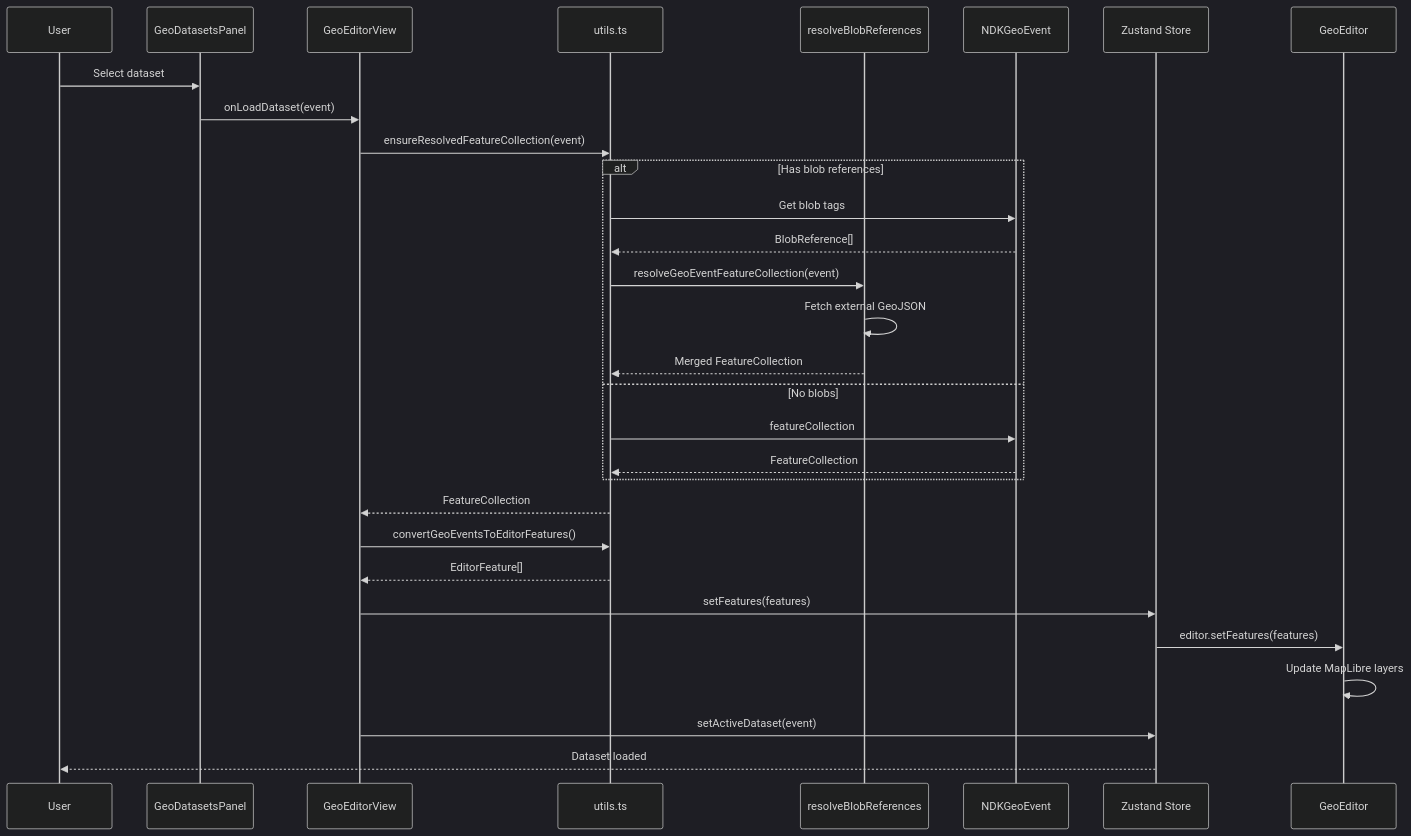
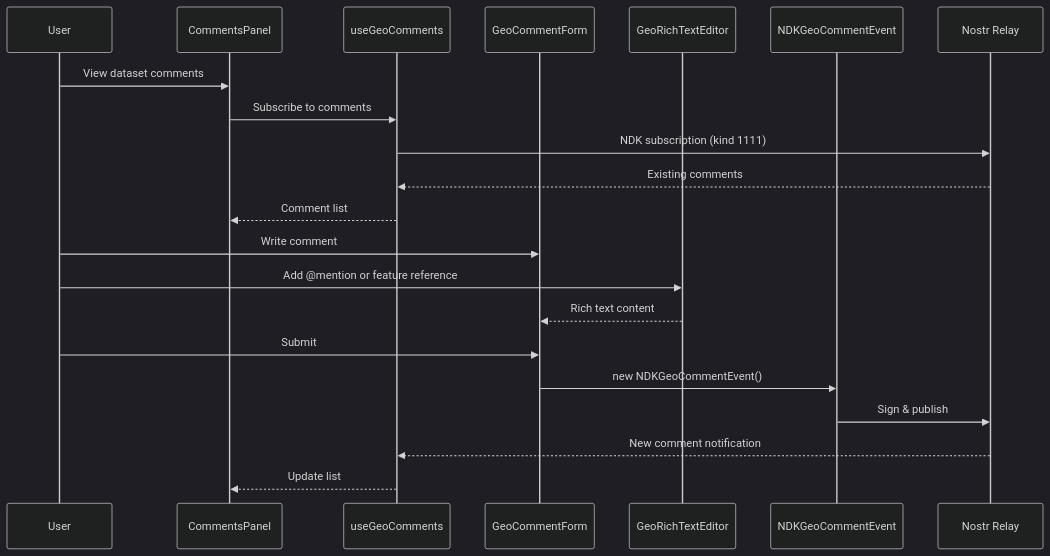
The third of 5 diagrams in ARCHITECTURE_ANALYSIS.md (DestBro/earthly), drawn with Mermaid (dark theme) before and after one commit. The commit also changed other lines of this file and 1 other file, not shown here.

````diff
--- a/ARCHITECTURE_ANALYSIS.md
+++ b/ARCHITECTURE_ANALYSIS.md
@@ -252,39 +335,26 @@
 ```mermaid
 sequenceDiagram
     participant User
-    participant Panel as GeoDatasetsPanel
-    participant GEV as GeoEditorView
-    participant Utils as utils.ts
-    participant Blob as resolveBlobReferences
-    participant NDKGeo as NDKGeoEvent
-    participant Store as Zustand Store
-    participant Editor as GeoEditor
+    participant Panel as CommentsPanel
+    participant Hook as useGeoComments
+    participant Form as GeoCommentForm
+    participant Editor as GeoRichTextEditor
+    participant NDK as NDKGeoCommentEvent
+    participant Relay as Nostr Relay
 
-    User->>Panel: Select dataset
-    Panel->>GEV: onLoadDataset(event)
+    User->>Panel: View dataset comments
+    Panel->>Hook: Subscribe to comments
+    Hook->>Relay: NDK subscription (kind 1111)
+    Relay-->>Hook: Existing comments
+    Hook-->>Panel: Comment list
 
-    GEV->>Utils: ensureResolvedFeatureCollection(event)
+    User->>Form: Write comment
+    User->>Editor: Add @mention or feature reference
+    Editor-->>Form: Rich text content
 
-    alt Has blob references
-        Utils->>NDKGeo: Get blob tags
-        NDKGeo-->>Utils: BlobReference[]
-        Utils->>Blob: resolveGeoEventFeatureCollection(event)
-        Blob->>Blob: Fetch external GeoJSON
-        Blob-->>Utils: Merged FeatureCollection
-    else No blobs
-        Utils->>NDKGeo: featureCollection
-        NDKGeo-->>Utils: FeatureCollection
-    end
-
-    Utils-->>GEV: FeatureCollection
-
-    GEV->>Utils: convertGeoEventsToEditorFeatures()
-    Utils-->>GEV: EditorFeature[]
-
-    GEV->>Store: setFeatures(features)
-    Store->>Editor: editor.setFeatures(features)
-    Editor->>Editor: Update MapLibre layers
-
-    GEV->>Store: setActiveDataset(event)
-    Store-->>User: Dataset loaded
+    User->>Form: Submit
+    Form->>NDK: new NDKGeoCommentEvent()
+    NDK->>Relay: Sign & publish
+    Relay-->>Hook: New comment notification
+    Hook-->>Panel: Update list
 ```
````
